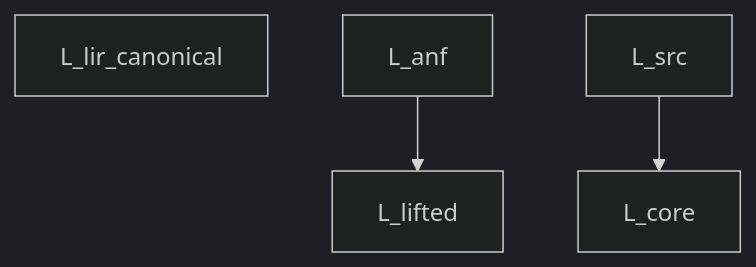
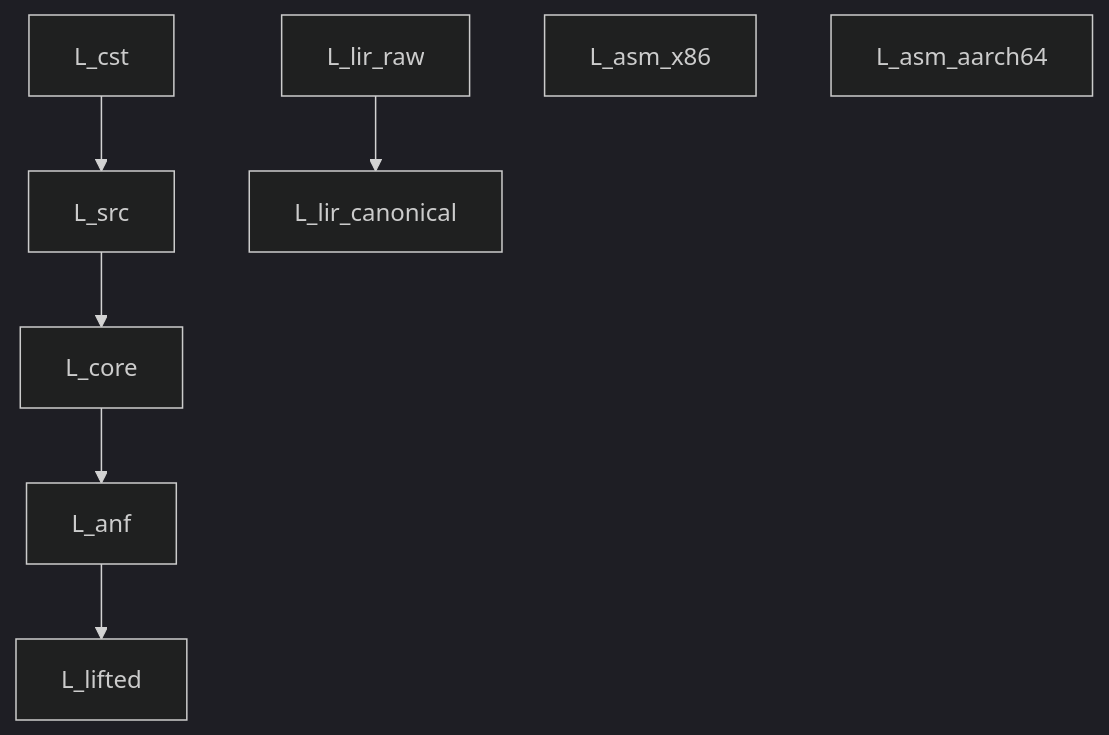
Before and after one commit to rokujyouhitoma/arxiv-security-papers: the diagram in ulisp/docs/spec_nanopass.md, drawn with Mermaid (dark theme). The commit also changed other lines of this file and 17 other files, not shown here.

````diff
--- a/ulisp/docs/spec_nanopass.md
+++ b/ulisp/docs/spec_nanopass.md
@@ -19,10 +19,17 @@
 ```mermaid
 graph TD
-    L_lir_canonical["L_lir_canonical"]
+    L_cst["L_cst"]
+    L_src["L_src"]
+    L_cst --> L_src
+    L_core["L_core"]
+    L_src --> L_core
+    L_anf["L_anf"]
+    L_core --> L_anf
     L_lifted["L_lifted"]
     L_anf --> L_lifted
-    L_anf["L_anf"]
-    L_core["L_core"]
-    L_src --> L_core
-    L_src["L_src"]
+    L_lir_raw["L_lir_raw"]
+    L_lir_canonical["L_lir_canonical"]
+    L_lir_raw --> L_lir_canonical
+    L_asm_x86["L_asm_x86"]
+    L_asm_aarch64["L_asm_aarch64"]
 ```
````
